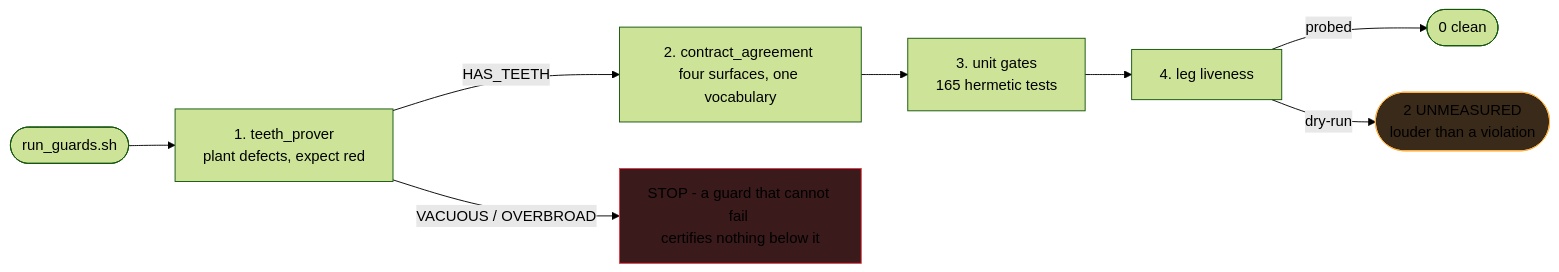
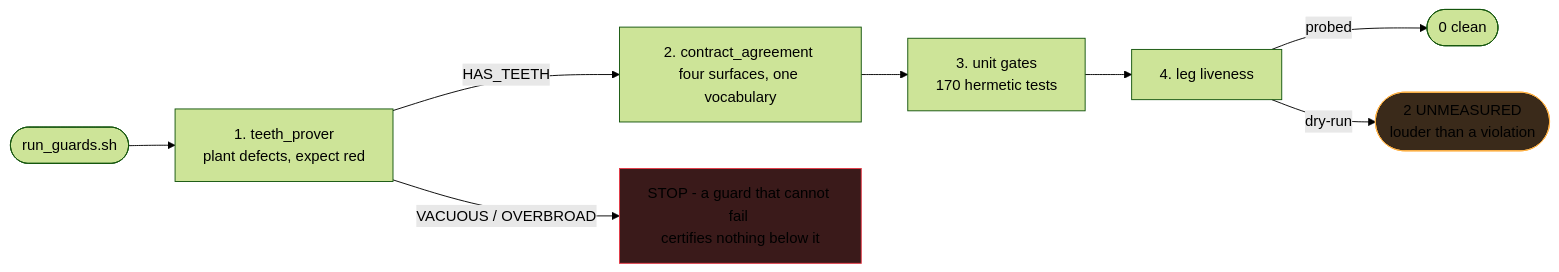
Before and after one commit to sherifican/Agent-FleetOps: the second of 4 diagrams in README.md, drawn with Mermaid (forest theme). The commit also changed other lines of this file and 6 other files, not shown here.

````diff
--- a/README.md
+++ b/README.md
@@ -278,12 +279,12 @@
 ```mermaid
 flowchart LR
     S([run_guards.sh]) --> T1["1. teeth_prover <br/>plant defects, expect red"]
     T1 -->|HAS_TEETH| T2["2. contract_agreement <br/>four surfaces, one vocabulary"]
     T1 -->|VACUOUS / OVERBROAD| X1["STOP - a guard that cannot fail <br/>certifies nothing below it"]
-    T2 --> T3["3. unit gates <br/>165 hermetic tests"]
+    T2 --> T3["3. unit gates <br/>170 hermetic tests"]
     T3 --> T4[4. leg liveness]
     T4 -->|probed| OK([0 clean])
     T4 -->|dry-run| UM(["2 UNMEASURED <br/>louder than a violation"])
     style X1 fill:#3a1a1a,stroke:#e63946
     style UM fill:#3a2a1a,stroke:#ffb347
 ```
````
